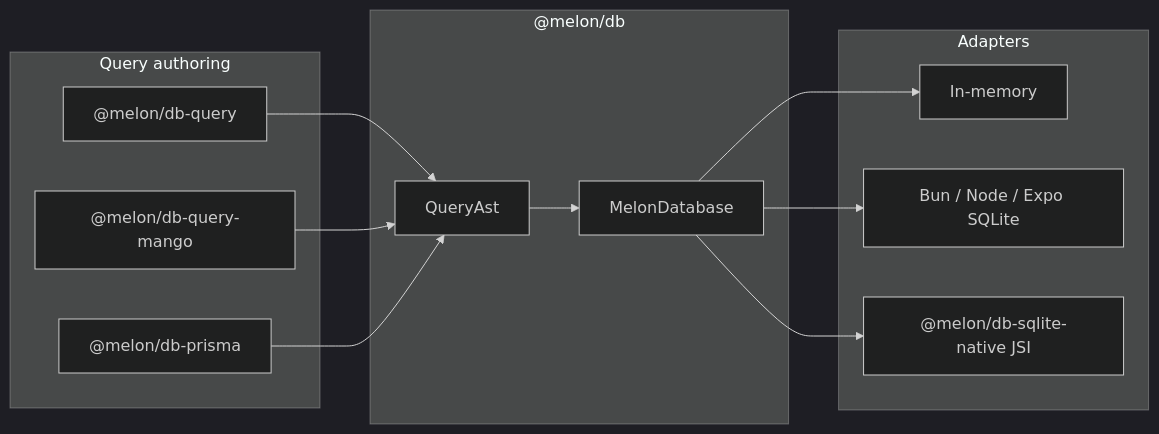
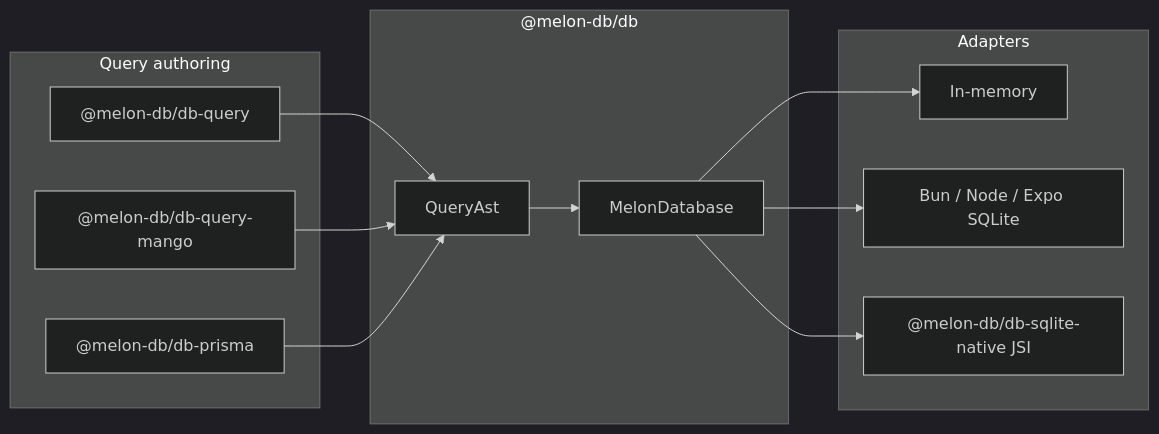
The first of 4 diagrams in apps/docs/content/docs/architecture/index.mdx (nwnichols02/melon-db), drawn with Mermaid (dark theme) before and after one commit. The commit also changed other lines of this file and 541 other files, not shown here.

````diff
--- a/apps/docs/content/docs/architecture/index.mdx
+++ b/apps/docs/content/docs/architecture/index.mdx
@@ -10,24 +10,24 @@
 ```mermaid
 flowchart LR
   subgraph authoring ["Query authoring"]
-    Q["@melon/db-query"]
-    M["@melon/db-query-mango"]
-    P["@melon/db-prisma"]
+    Q["@melon-db/db-query"]
+    M["@melon-db/db-query-mango"]
+    P["@melon-db/db-prisma"]
   end
-  subgraph core ["@melon/db"]
+  subgraph core ["@melon-db/db"]
     AST[QueryAst]
     DB[MelonDatabase]
   end
   subgraph adapters ["Adapters"]
     IM["In-memory"]
     EX["Bun / Node / Expo SQLite"]
-    JSI["@melon/db-sqlite-native JSI"]
+    JSI["@melon-db/db-sqlite-native JSI"]
   end
   Q --> AST
   M --> AST
   P --> AST
   AST --> DB
   DB --> IM
   DB --> EX
   DB --> JSI
 ```
````
